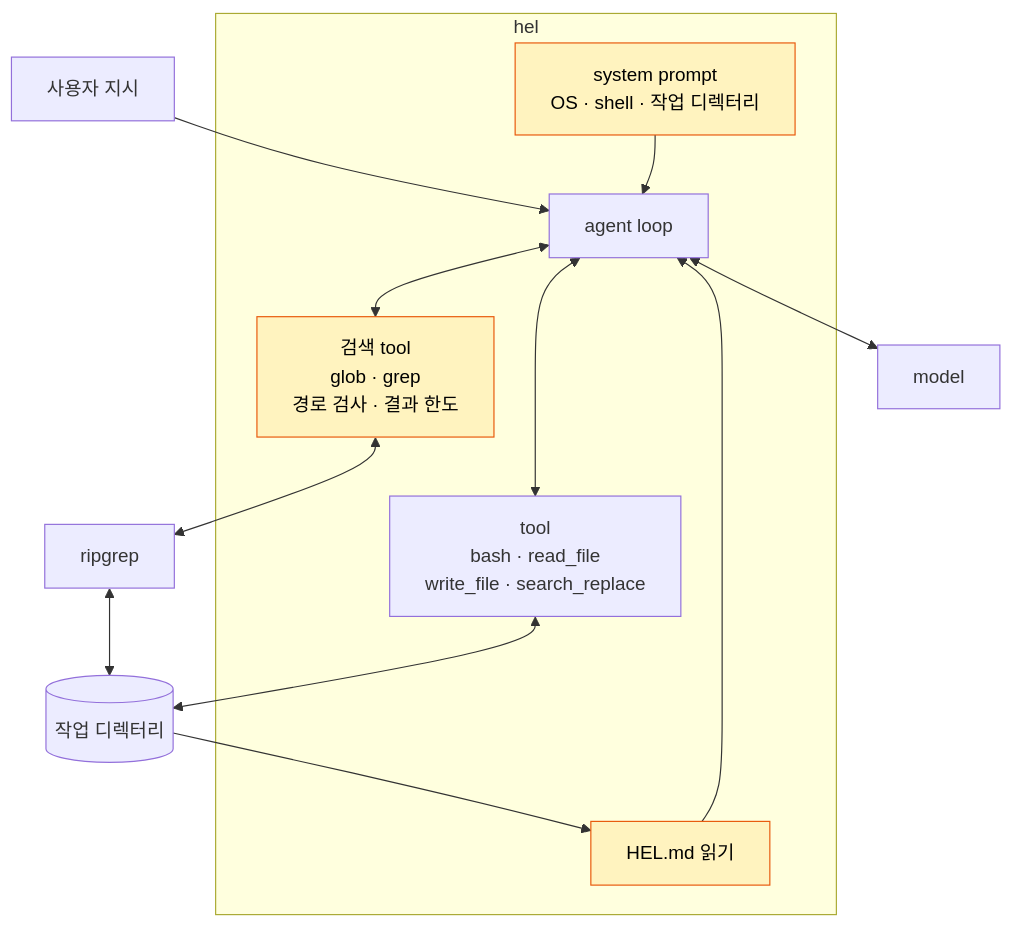
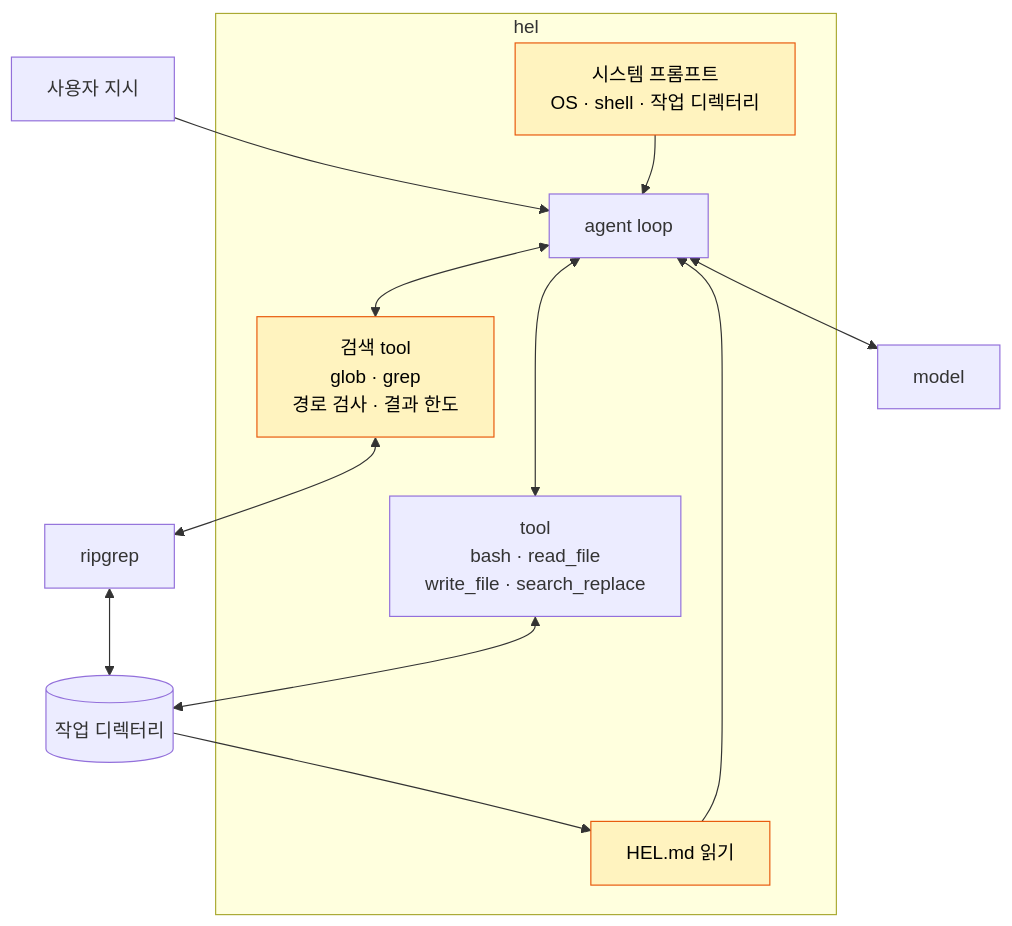
One commit to jammer-droid/HEL changed the second of 2 diagrams in guide/src/parts/part2-repository-intelligence.md. Above: the diagram before and after it, drawn with Mermaid. The commit also changed other lines of this file and 69 other files, not shown here.

````diff
--- a/guide/src/parts/part2-repository-intelligence.md
+++ b/guide/src/parts/part2-repository-intelligence.md
@@ -56,21 +56,21 @@
 ```mermaid
 flowchart TB
     U[사용자 지시] --> L
     subgraph H[hel]
-        P[system prompt<br/>OS · shell · 작업 디렉터리]:::new
+        P[시스템 프롬프트<br/>OS · shell · 작업 디렉터리]:::new
         C[HEL.md 읽기]:::new
         L[agent loop]
         T[tool<br/>bash · read_file<br/>write_file · search_replace]
         S[검색 tool<br/>glob · grep<br/>경로 검사 · 결과 한도]:::new
     end
     P --> L
     C --> L
     L <--> M[model]
     L <--> T
     L <--> S
     S <--> RG[ripgrep]
     RG <--> W
     T <--> W[(작업 디렉터리)]
     W --> C
     classDef new fill:#fff3bf,stroke:#e8590c,color:#000
 ```
````
